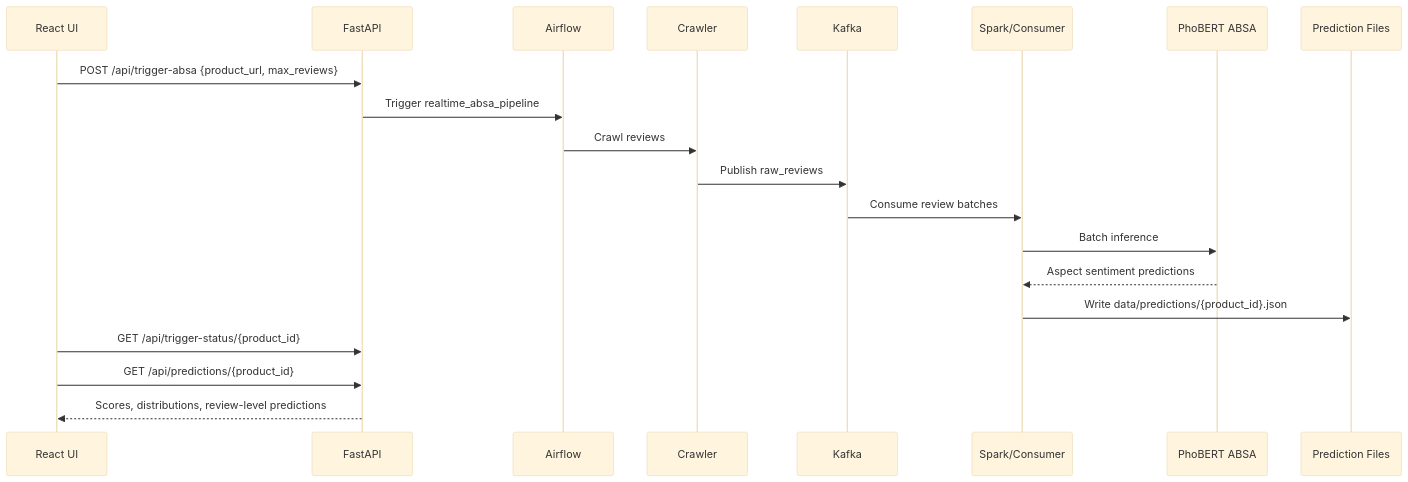
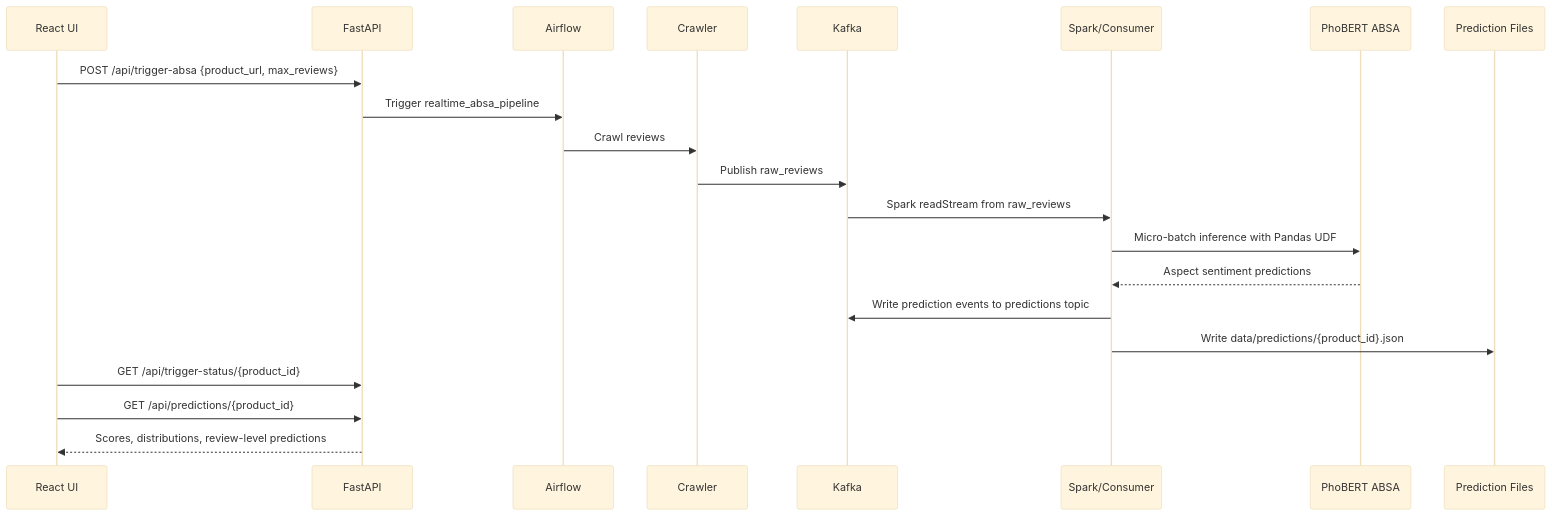
The second of 3 diagrams in README.md (Longhehehe/Real-Time-ABSA-System), drawn with Mermaid (base theme) before and after one commit. The commit also changed other lines of this file and 4 other files, not shown here.

````diff
--- a/README.md
+++ b/README.md
@@ -68,23 +68,24 @@
 ```mermaid
 sequenceDiagram
     participant UI as React UI
     participant API as FastAPI
     participant AF as Airflow
     participant CR as Crawler
     participant K as Kafka
     participant SP as Spark/Consumer
     participant M as PhoBERT ABSA
     participant FS as Prediction Files
 
     UI->>API: POST /api/trigger-absa {product_url, max_reviews}
     API->>AF: Trigger realtime_absa_pipeline
     AF->>CR: Crawl reviews
     CR->>K: Publish raw_reviews
-    K->>SP: Consume review batches
-    SP->>M: Batch inference
+    K->>SP: Spark readStream from raw_reviews
+    SP->>M: Micro-batch inference with Pandas UDF
     M-->>SP: Aspect sentiment predictions
+    SP->>K: Write prediction events to predictions topic
     SP->>FS: Write data/predictions/{product_id}.json
     UI->>API: GET /api/trigger-status/{product_id}
     UI->>API: GET /api/predictions/{product_id}
     API-->>UI: Scores, distributions, review-level predictions
 ```
````
